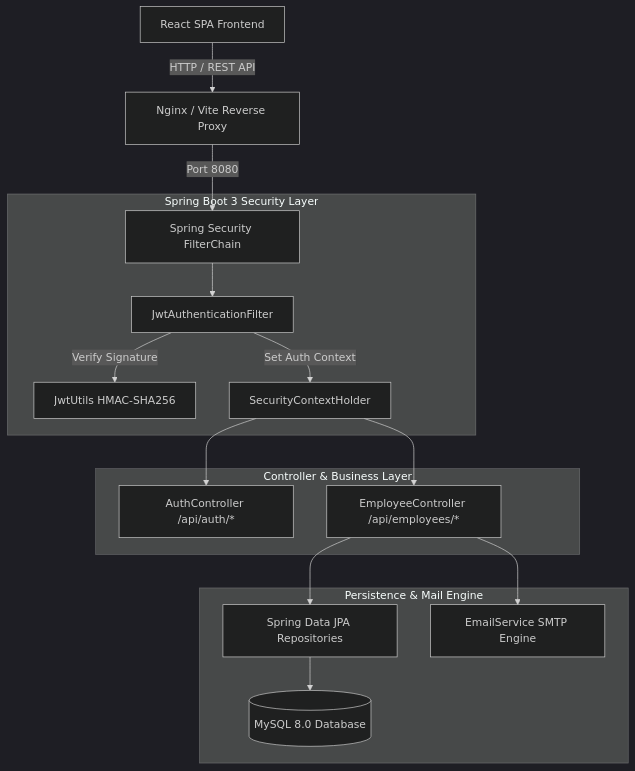
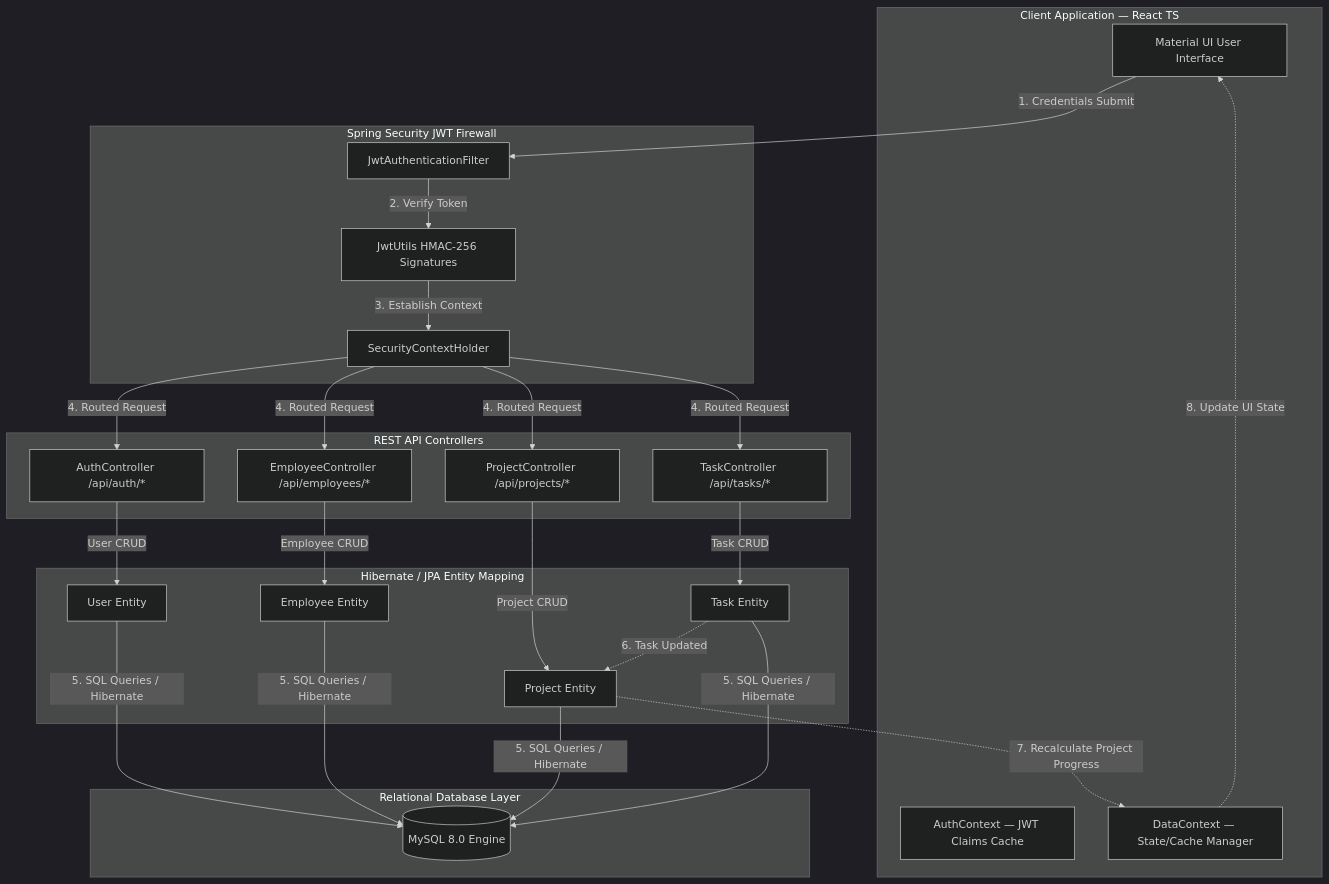
The diagram in README.md (Anish-Reddy-S/Smart-Employee-and-Project-Management-System), drawn with Mermaid (dark theme) before and after one commit. The commit also changed other lines of this file and 1 other file, not shown here.

````diff
--- a/README.md
+++ b/README.md
@@ -12,22 +8,54 @@
 ```mermaid
-graph TD
-    Client[React SPA Frontend] -->|HTTP / REST API| Proxy[Nginx / Vite Reverse Proxy]
-    Proxy -->|Port 8080| FilterChain[Spring Security FilterChain]
+flowchart TD
+    %% Define Groups
+    subgraph Client [Client Application — React TS]
+        UI[Material UI User Interface]
+        AuthCtx[AuthContext — JWT Claims Cache]
+        DataCtx[DataContext — State/Cache Manager]
+    end
+
+    subgraph SecurityLayer [Spring Security JWT Firewall]
+        AuthFilter[JwtAuthenticationFilter]
+        SecCtx[SecurityContextHolder]
+        TokenVerifier[JwtUtils HMAC-256 Signatures]
+    end
+
+    subgraph Controllers [REST API Controllers]
+        AuthCtrl[AuthController /api/auth/*]
+        EmpCtrl[EmployeeController /api/employees/*]
+        ProjCtrl[ProjectController /api/projects/*]
+        TaskCtrl[TaskController /api/tasks/*]
+    end
+
+    subgraph Entities [Hibernate / JPA Entity Mapping]
+        UserEnt[User Entity]
+        EmpEnt[Employee Entity]
+        ProjEnt[Project Entity]
+        TaskEnt[Task Entity]
+    end
+
+    subgraph Database [Relational Database Layer]
+        MySQL[(MySQL 8.0 Engine)]
+    end
+
+    %% Flow lines
+    UI -->|1. Credentials Submit| AuthFilter
+    AuthFilter -->|2. Verify Token| TokenVerifier
+    TokenVerifier -->|3. Establish Context| SecCtx
     
-    subgraph Spring Boot 3 Security Layer
-        FilterChain --> JwtFilter[JwtAuthenticationFilter]
-        JwtFilter -->|Verify Signature| JwtProvider[JwtUtils HMAC-SHA256]
-        JwtFilter -->|Set Auth Context| SecContext[SecurityContextHolder]
-    end
+    SecCtx -->|4. Routed Request| AuthCtrl & EmpCtrl & ProjCtrl & TaskCtrl
     
-    subgraph Controller & Business Layer
-        SecContext --> AuthCtrl[AuthController /api/auth/*]
-        SecContext --> EmpCtrl[EmployeeController /api/employees/*]
-    end
+    %% Entity / JPA interaction
+    AuthCtrl -->|User CRUD| UserEnt
+    EmpCtrl -->|Employee CRUD| EmpEnt
+    ProjCtrl -->|Project CRUD| ProjEnt
+    TaskCtrl -->|Task CRUD| TaskEnt
     
-    subgraph Persistence & Mail Engine
-        EmpCtrl --> JpaRepo[Spring Data JPA Repositories]
-        JpaRepo --> MySQL[(MySQL 8.0 Database)]
-        EmpCtrl --> MailSender[EmailService SMTP Engine]
-    end
+    %% Database Persistence
+    UserEnt & EmpEnt & ProjEnt & TaskEnt -->|5. SQL Queries / Hibernate| MySQL
+    
+    %% Automatic Progress Recalculation Flow
+    TaskEnt -.->|6. Task Updated| ProjEnt
+    ProjEnt -.->|7. Recalculate Project Progress| DataCtx
+    DataCtx -.->|8. Update UI State| UI
 ```
````
